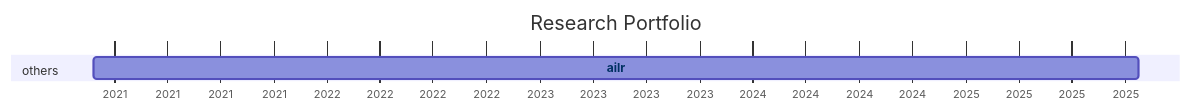
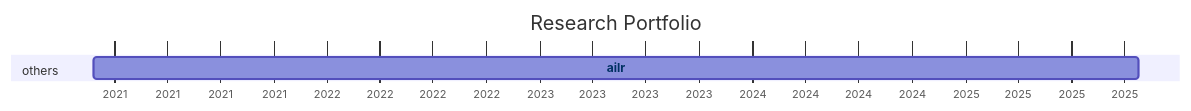
The diagram in docs/20-research/25-projects-gantt.md (digital-work-lab/handbook), drawn with Mermaid before and after one commit.

Commit message:
Update repository overview

````diff
--- a/docs/20-research/25-projects-gantt.md
+++ b/docs/20-research/25-projects-gantt.md
@@ -8,21 +8,21 @@
 ```mermaid
 ---
 displayMode: compact
 ---
 gantt
 title Research Portfolio
 dateFormat YYYY-MM-DD
 axisFormat %Y
 
     section work_practices
 
     section distributed_organizing
 
     section knowledge_synthesis
 
     section others
-        ailr :ailr, 2020-11-26, 2025-10-24
+        ailr :ailr, 2020-11-26, 2025-10-25
 
 
     click ailr href "{{ site.baseurl }}/docs/10-lab/18-resources/ailr.html"
 ```
````
